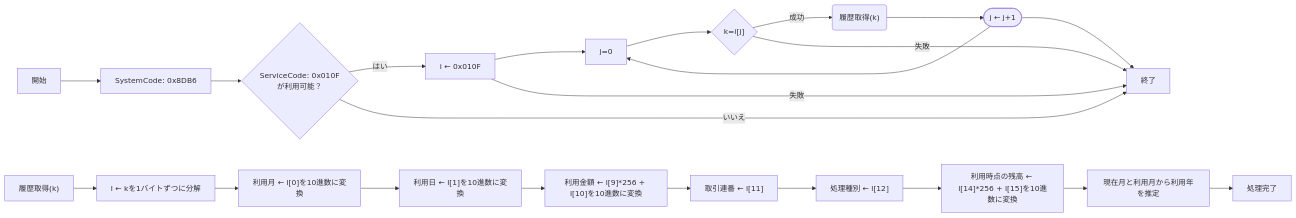
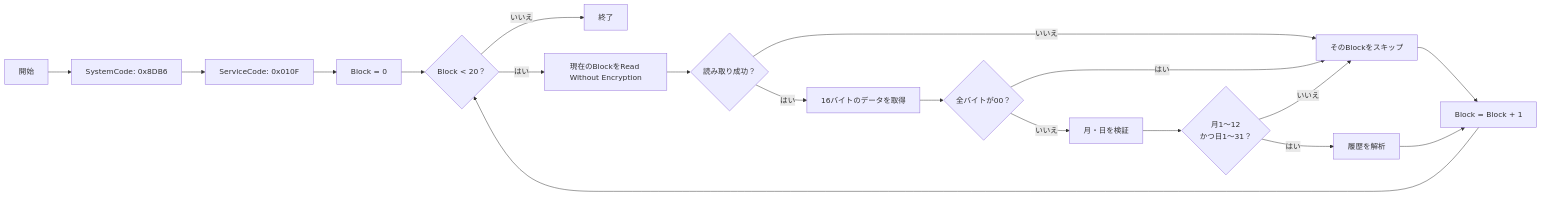
Before and after one commit to rs6-41/TransitICScanner: the second of 3 diagrams in doc/cards/jpDoCard.md, drawn with Mermaid. The commit also changed other lines of this file and 3 other files, not shown here.

````diff
--- a/doc/cards/jpDoCard.md
+++ b/doc/cards/jpDoCard.md
@@ -155,26 +224,21 @@
 ```mermaid
 graph LR;
     A[開始] --> B["SystemCode: 0x8DB6"];
-    B --> C{"ServiceCode: 0x010F<br>が利用可能？"};
-    C -- はい --> D["i ← 0x010F"];
-    D --> E["j=0"];
-    E --> F{"k=i[j]"};
-    F -- 成功 --> G("履歴取得(k)");
-    G --> H(["j ← j+1"]);
-    H --> E;
-    F -- 失敗 --> Z;
-    D -- 失敗 --> Z;
-    C -- いいえ --> Z;
-    H --> Z;
-    Z[終了];
-
-    I["履歴取得(k)"] --> J["l ← kを1バイトずつに分解"];
-    J --> K["利用月 ← l[0]を10進数に変換"];
-    K --> L["利用日 ← l[1]を10進数に変換"];
-    L --> M["利用金額 ← l[9]*256 + l[10]を10進数に変換"];
-    M --> N["取引連番 ← l[11]"];
-    N --> O["処理種別 ← l[12]"];
-    O --> P["利用時点の残高 ← l[14]*256 + l[15]を10進数に変換"];
-    P --> Q["現在月と利用月から利用年を推定"];
-    Q --> R["処理完了"];
+    B --> C["ServiceCode: 0x010F"];
+    C --> D["Block = 0"];
+    D --> E{"Block < 20？"};
+    E -- いいえ --> Z[終了];
+    E -- はい --> F["現在のBlockをRead Without Encryption"];
+    F --> G{"読み取り成功？"};
+    G -- いいえ --> H["そのBlockをスキップ"];
+    G -- はい --> I["16バイトのデータを取得"];
+    I --> J{"全バイトが00？"};
+    J -- はい --> H;
+    J -- いいえ --> K["月・日を検証"];
+    K --> L{"月1～12<br>かつ日1～31？"};
+    L -- いいえ --> H;
+    L -- はい --> M["履歴を解析"];
+    M --> N["Block = Block + 1"];
+    H --> N;
+    N --> E;
 ```
````
